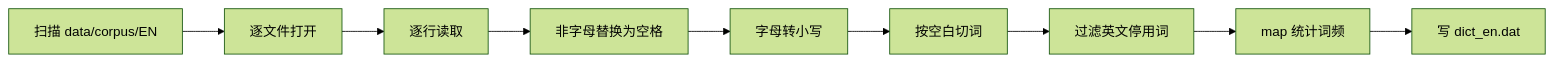
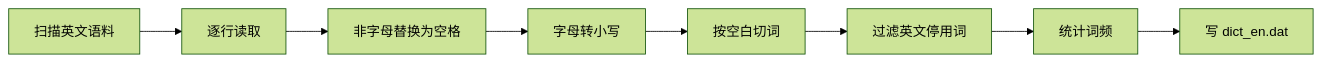
Before and after one commit to dijk4tra/Cpp_Advanced: the second of 10 diagrams in 课件/07_搜索引擎项目/02_SearchEngine_V2/README.md, drawn with Mermaid (forest theme). The commit also changed other lines of this file and 16 other files, not shown here.

````diff
--- a/课件/07_搜索引擎项目/02_SearchEngine_V2/README.md
+++ b/课件/07_搜索引擎项目/02_SearchEngine_V2/README.md
@@ -314,11 +304,10 @@
 ```mermaid
 flowchart LR
-    A[扫描 data/corpus/EN] --> B[逐文件打开]
-    B --> C[逐行读取]
-    C --> D[非字母替换为空格]
-    D --> E[字母转小写]
-    E --> F[按空白切词]
-    F --> G[过滤英文停用词]
-    G --> H[map 统计词频]
-    H --> I[写 dict_en.dat]
+    A[扫描英文语料] --> B[逐行读取]
+    B --> C[非字母替换为空格]
+    C --> D[字母转小写]
+    D --> E[按空白切词]
+    E --> F[过滤英文停用词]
+    F --> G[统计词频]
+    G --> H[写 dict_en.dat]
 ```
````
